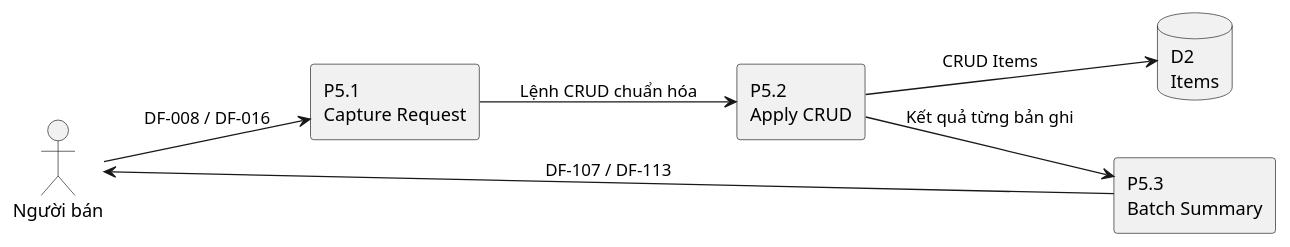
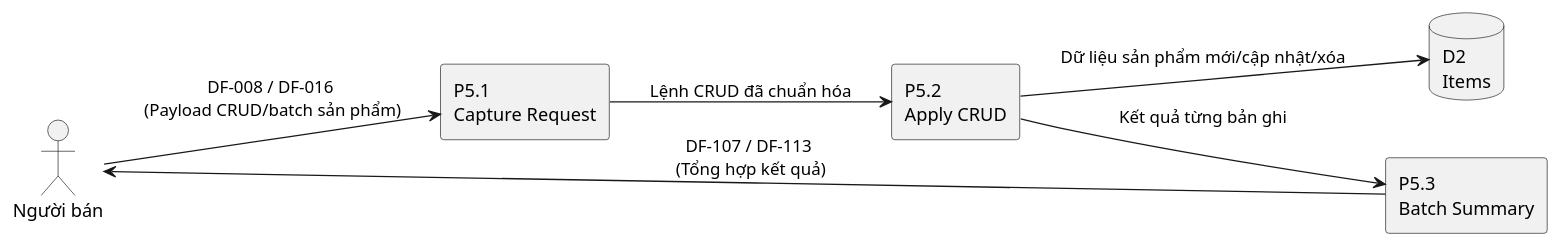
One commit to KhoaNguyen01004/QuanLyBanHang changed the diagram in Diagrams/software_dfd_level2_p5_items.puml. Above: the diagram before and after it, drawn with PlantUML. The commit also changed 9 other files, not shown here.

```diff
--- a/Diagrams/software_dfd_level2_p5_items.puml
+++ b/Diagrams/software_dfd_level2_p5_items.puml
@@ -1,18 +1,18 @@
 @startuml DFD_Level2_P5_Items
 hide stereotype
 left to right direction
 
 actor "Người bán" as Merchant
 
 rectangle "P5.1\nCapture Request" as P51
 rectangle "P5.2\nApply CRUD" as P52
 rectangle "P5.3\nBatch Summary" as P53
 
 database "D2\nItems" as D2
 
-Merchant --> P51 : DF-008 / DF-016
-P51 --> P52 : Lệnh CRUD chuẩn hóa
-P52 --> D2 : CRUD Items
+Merchant --> P51 : DF-008 / DF-016 \n(Payload CRUD/batch sản phẩm)
+P51 --> P52 : Lệnh CRUD đã chuẩn hóa
+P52 --> D2 : Dữ liệu sản phẩm mới/cập nhật/xóa
 P52 --> P53 : Kết quả từng bản ghi
-P53 --> Merchant : DF-107 / DF-113
+P53 --> Merchant : DF-107 / DF-113 \n(Tổng hợp kết quả)
 @enduml
```
